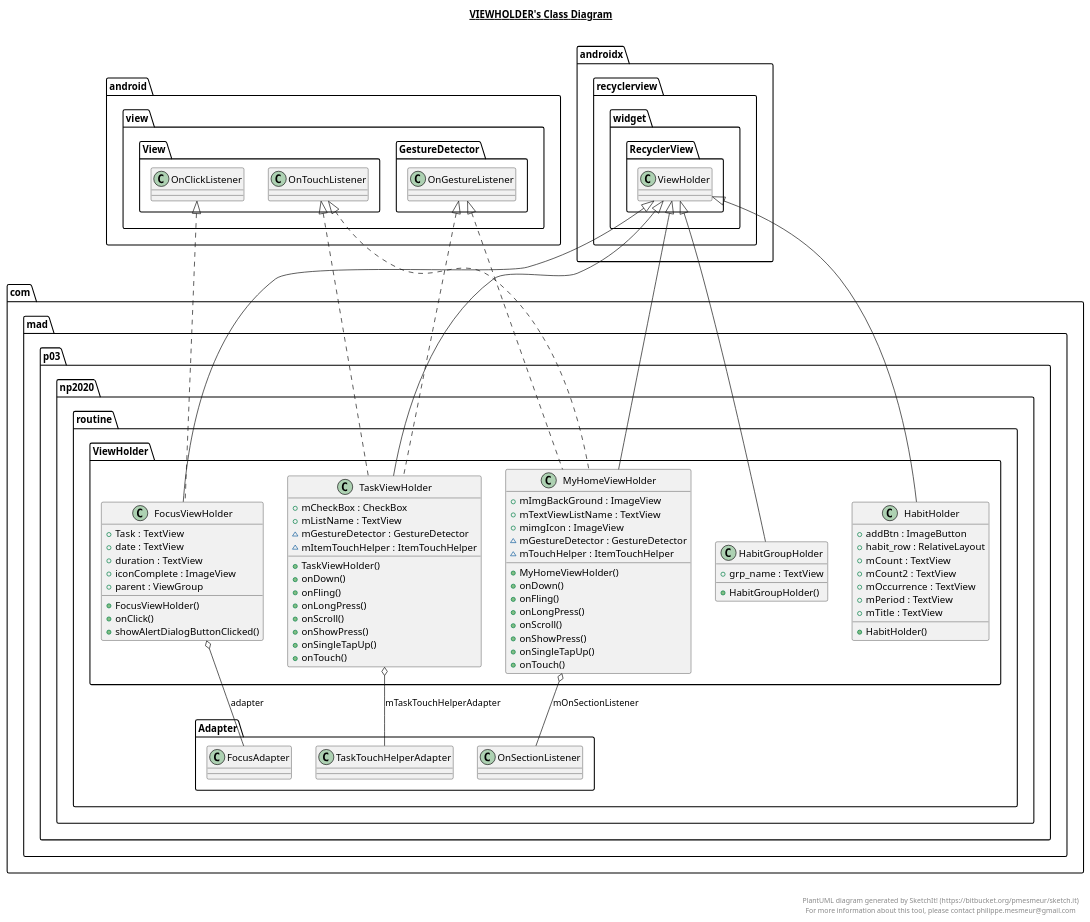
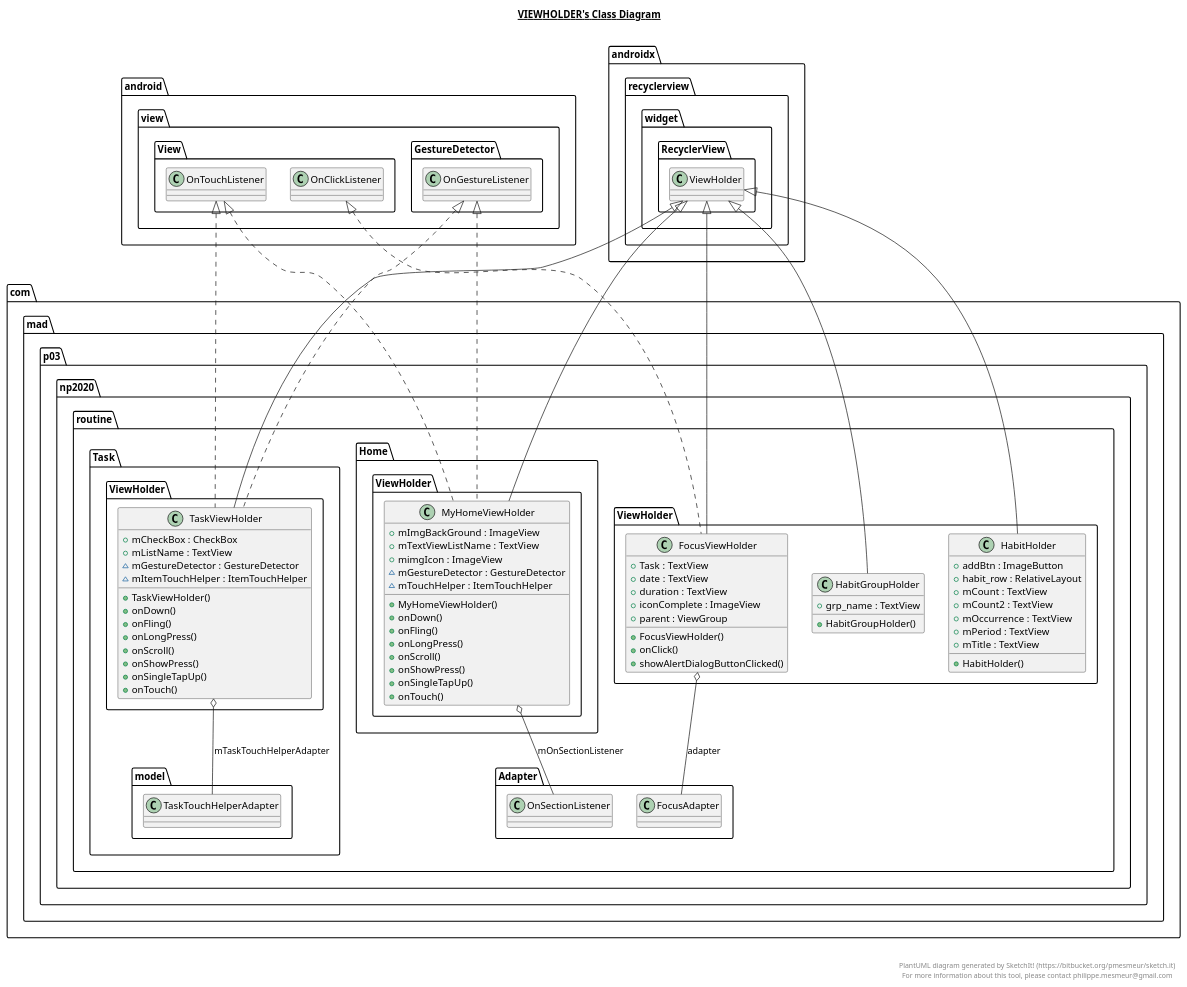
The diagram in app/src/main/java/com/mad/p03/np2020/routine/ViewHolder/ViewHolder.plantuml (AppDevIn/Routine), drawn with PlantUML before and after one commit. The commit also changed 111 other files, not shown here.

```diff
--- a/app/src/main/java/com/mad/p03/np2020/routine/ViewHolder/ViewHolder.plantuml
+++ b/app/src/main/java/com/mad/p03/np2020/routine/ViewHolder/ViewHolder.plantuml
@@ -1,110 +1,110 @@
 @startuml
 
 title __VIEWHOLDER's Class Diagram__\n
 
   namespace com.mad.p03.np2020.routine {
     namespace ViewHolder {
       class com.mad.p03.np2020.routine.ViewHolder.FocusViewHolder {
           + Task : TextView
           + date : TextView
           + duration : TextView
           + iconComplete : ImageView
           + parent : ViewGroup
           + FocusViewHolder()
           + onClick()
           + showAlertDialogButtonClicked()
       }
     }
   }
   
 
   namespace com.mad.p03.np2020.routine {
     namespace ViewHolder {
       class com.mad.p03.np2020.routine.ViewHolder.HabitGroupHolder {
           + grp_name : TextView
           + HabitGroupHolder()
       }
     }
   }
   
 
   namespace com.mad.p03.np2020.routine {
     namespace ViewHolder {
       class com.mad.p03.np2020.routine.ViewHolder.HabitHolder {
           + addBtn : ImageButton
           + habit_row : RelativeLayout
           + mCount : TextView
           + mCount2 : TextView
           + mOccurrence : TextView
           + mPeriod : TextView
           + mTitle : TextView
           + HabitHolder()
       }
     }
   }
   
 
   namespace com.mad.p03.np2020.routine {
     namespace ViewHolder {
-      class com.mad.p03.np2020.routine.ViewHolder.MyHomeViewHolder {
+      class com.mad.p03.np2020.routine.Home.ViewHolder.MyHomeViewHolder {
           + mImgBackGround : ImageView
           + mTextViewListName : TextView
           + mimgIcon : ImageView
           ~ mGestureDetector : GestureDetector
           ~ mTouchHelper : ItemTouchHelper
           + MyHomeViewHolder()
           + onDown()
           + onFling()
           + onLongPress()
           + onScroll()
           + onShowPress()
           + onSingleTapUp()
           + onTouch()
       }
     }
   }
   
 
   namespace com.mad.p03.np2020.routine {
     namespace ViewHolder {
-      class com.mad.p03.np2020.routine.ViewHolder.TaskViewHolder {
+      class com.mad.p03.np2020.routine.Task.ViewHolder.TaskViewHolder {
           + mCheckBox : CheckBox
           + mListName : TextView
           ~ mGestureDetector : GestureDetector
           ~ mItemTouchHelper : ItemTouchHelper
           + TaskViewHolder()
           + onDown()
           + onFling()
           + onLongPress()
           + onScroll()
           + onShowPress()
           + onSingleTapUp()
           + onTouch()
       }
     }
   }
   
 
   com.mad.p03.np2020.routine.ViewHolder.FocusViewHolder .up.|> android.view.View.OnClickListener
   com.mad.p03.np2020.routine.ViewHolder.FocusViewHolder -up-|> androidx.recyclerview.widget.RecyclerView.ViewHolder
   com.mad.p03.np2020.routine.ViewHolder.FocusViewHolder o-- com.mad.p03.np2020.routine.Adapter.FocusAdapter : adapter
   com.mad.p03.np2020.routine.ViewHolder.HabitGroupHolder -up-|> androidx.recyclerview.widget.RecyclerView.ViewHolder
   com.mad.p03.np2020.routine.ViewHolder.HabitHolder -up-|> androidx.recyclerview.widget.RecyclerView.ViewHolder
-  com.mad.p03.np2020.routine.ViewHolder.MyHomeViewHolder .up.|> android.view.GestureDetector.OnGestureListener
-  com.mad.p03.np2020.routine.ViewHolder.MyHomeViewHolder .up.|> android.view.View.OnTouchListener
-  com.mad.p03.np2020.routine.ViewHolder.MyHomeViewHolder -up-|> androidx.recyclerview.widget.RecyclerView.ViewHolder
-  com.mad.p03.np2020.routine.ViewHolder.MyHomeViewHolder o-- com.mad.p03.np2020.routine.Adapter.OnSectionListener : mOnSectionListener
-  com.mad.p03.np2020.routine.ViewHolder.TaskViewHolder .up.|> android.view.GestureDetector.OnGestureListener
-  com.mad.p03.np2020.routine.ViewHolder.TaskViewHolder .up.|> android.view.View.OnTouchListener
-  com.mad.p03.np2020.routine.ViewHolder.TaskViewHolder -up-|> androidx.recyclerview.widget.RecyclerView.ViewHolder
-  com.mad.p03.np2020.routine.ViewHolder.TaskViewHolder o-- com.mad.p03.np2020.routine.Adapter.TaskTouchHelperAdapter : mTaskTouchHelperAdapter
+  com.mad.p03.np2020.routine.Home.ViewHolder.MyHomeViewHolder .up.|> android.view.GestureDetector.OnGestureListener
+  com.mad.p03.np2020.routine.Home.ViewHolder.MyHomeViewHolder .up.|> android.view.View.OnTouchListener
+  com.mad.p03.np2020.routine.Home.ViewHolder.MyHomeViewHolder -up-|> androidx.recyclerview.widget.RecyclerView.ViewHolder
+  com.mad.p03.np2020.routine.Home.ViewHolder.MyHomeViewHolder o-- com.mad.p03.np2020.routine.Adapter.OnSectionListener : mOnSectionListener
+  com.mad.p03.np2020.routine.Task.ViewHolder.TaskViewHolder .up.|> android.view.GestureDetector.OnGestureListener
+  com.mad.p03.np2020.routine.Task.ViewHolder.TaskViewHolder .up.|> android.view.View.OnTouchListener
+  com.mad.p03.np2020.routine.Task.ViewHolder.TaskViewHolder -up-|> androidx.recyclerview.widget.RecyclerView.ViewHolder
+  com.mad.p03.np2020.routine.Task.ViewHolder.TaskViewHolder o-- com.mad.p03.np2020.routine.Task.model.TaskTouchHelperAdapter : mTaskTouchHelperAdapter
 
 
 right footer
 
 
 PlantUML diagram generated by SketchIt! (https://bitbucket.org/pmesmeur/sketch.it)
 For more information about this tool, please contact philippe.mesmeur@gmail.com
 endfooter
 
 @enduml
```
